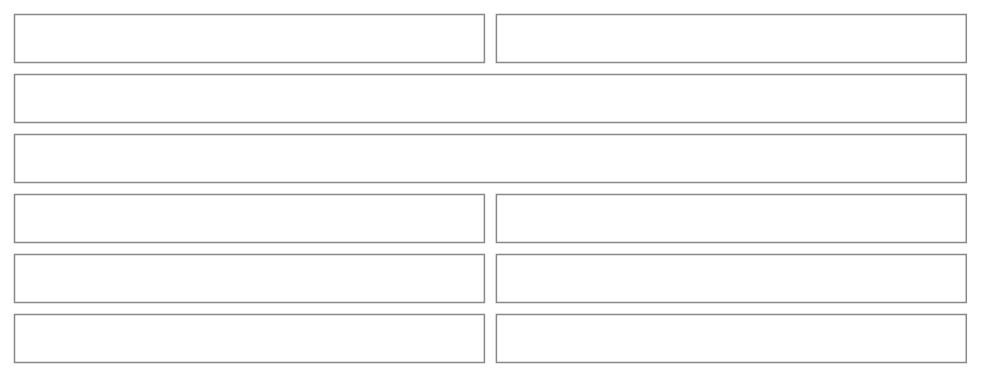
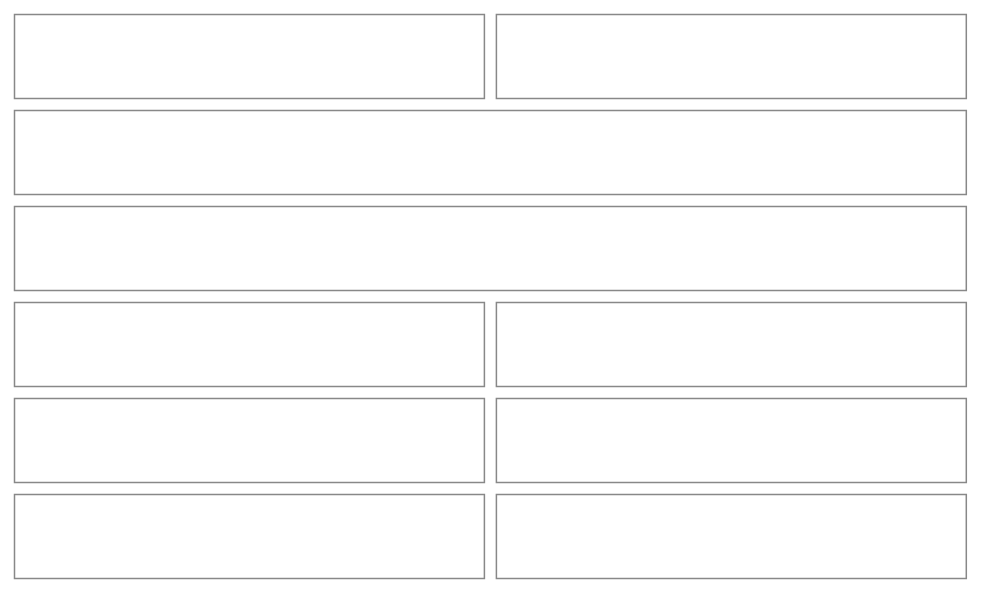
Diagram 17 of 31 in src/apps/pinch/UX.md (NovaMoonX/moondreams-dev-apps), drawn with Mermaid before and after one commit. The commit also changed other lines of this file and 2 other files, not shown here.

First line of the commit message:
Pinch redesign: docs for the recipe start flow, nutrition basis, view options and help modal

````diff
--- a/src/apps/pinch/UX.md
+++ b/src/apps/pinch/UX.md
@@ -515,25 +549,25 @@
 ```mermaid
 %%{init: {'theme': 'base', 'themeVariables': {'primaryColor': 'transparent', 'primaryBorderColor': '#888888', 'primaryTextColor': '#333333', 'lineColor': '#888888'}}}%%
 block-beta
   columns 2
   I1["Chicken breast"]:1
   I2["Chicken · Adjusted by you · 1 serving = 5 oz"]:1
-  I3["Per 100 g · 🔥 165 · 💪 31g · 🌾 0g · 🥑 3.6g"]:2
+  I3["Per 1 serving (5 oz)      [ Per serving ]  Per 100 g<br/>🔥 234 · 💪 44g · 🌾 0g · 🥑 5g"]:2
   I4["Products"]:2
   I5["⭐ Walmart · Great Value 3 lb"]:1
   I6["$9.48"]:1
   I7["Costco · 6.5 lb"]:1
   I8["$19.99"]:1
   I9["Adjust"]:1
   I11["+ Add a product"]:1
   style I1 fill:transparent,stroke:#888888,stroke-width:1px;
   style I2 fill:transparent,stroke:#888888,stroke-width:1px;
   style I3 fill:transparent,stroke:#888888,stroke-width:1px;
   style I4 fill:transparent,stroke:#888888,stroke-width:1px;
   style I5 fill:transparent,stroke:#888888,stroke-width:1px;
   style I6 fill:transparent,stroke:#888888,stroke-width:1px;
   style I7 fill:transparent,stroke:#888888,stroke-width:1px;
   style I8 fill:transparent,stroke:#888888,stroke-width:1px;
   style I9 fill:transparent,stroke:#888888,stroke-width:1px;
   style I11 fill:transparent,stroke:#888888,stroke-width:1px;
 ```
````
